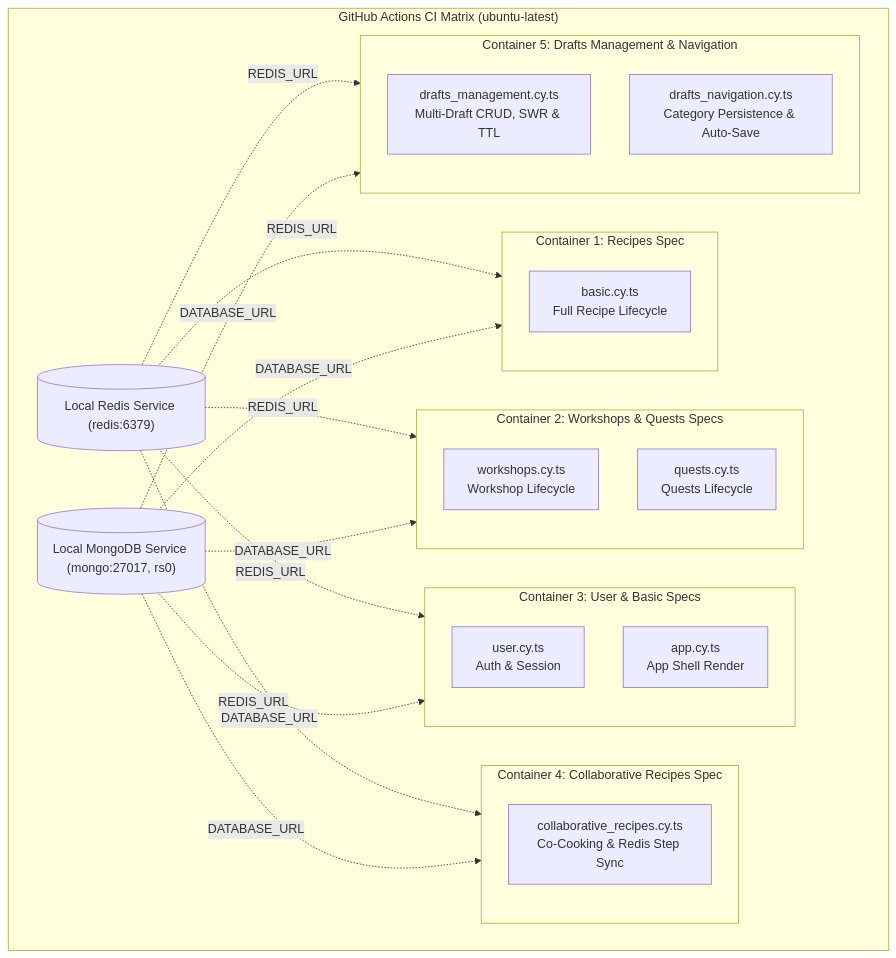
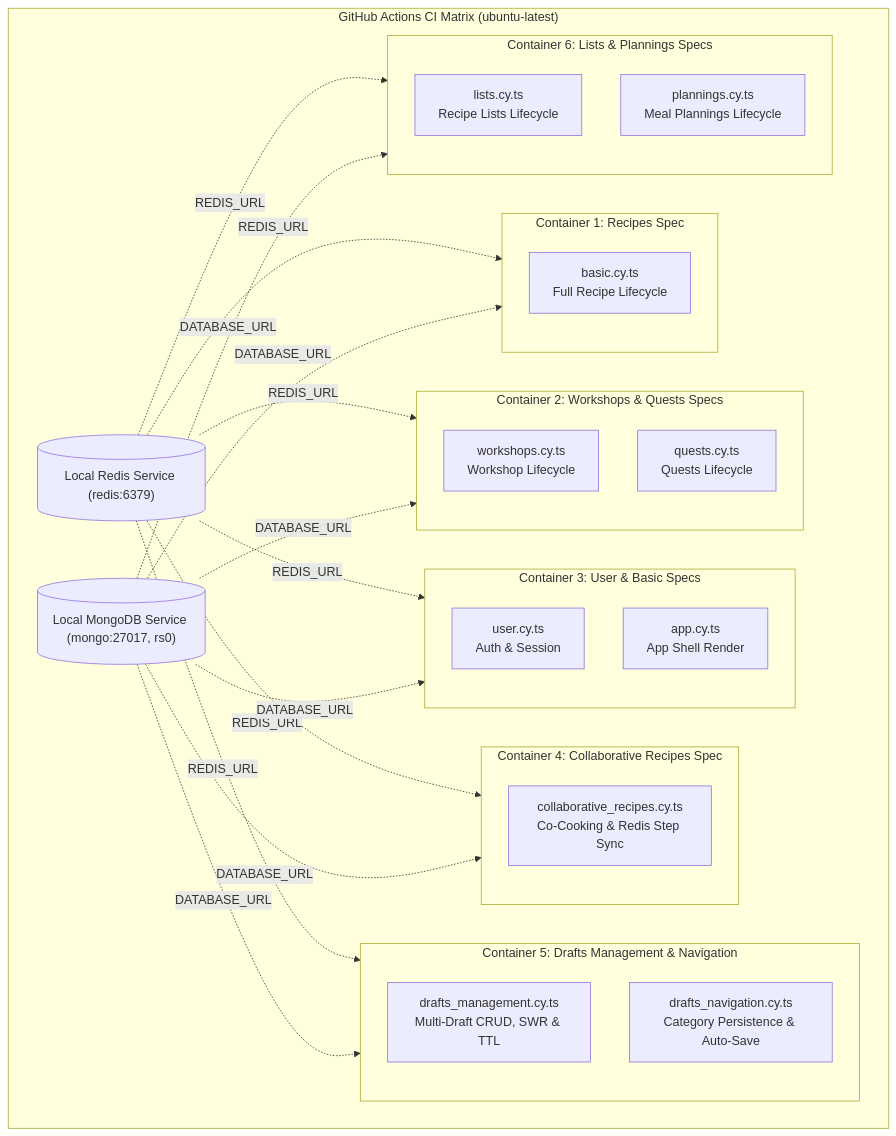
Before and after one commit to jorbush/jorbites: the first of 33 diagrams in docs/testing/e2e/workflows.md, drawn with Mermaid. The commit also changed other lines of this file and 17 other files, not shown here.

Commit message:
add e2e tests for plannings and lists

````diff
--- a/docs/testing/e2e/workflows.md
+++ b/docs/testing/e2e/workflows.md
@@ -9,42 +9,49 @@
 ```mermaid
 flowchart TD
     subgraph GitHubActions["GitHub Actions CI Matrix (ubuntu-latest)"]
         redisSvc[("Local Redis Service (redis:6379)")]
         mongoSvc[("Local MongoDB Service (mongo:27017, rs0)")]
 
         subgraph Job1["Container 1: Recipes Spec"]
             T1["basic.cy.ts<br/>Full Recipe Lifecycle"]
         end
 
         subgraph Job2["Container 2: Workshops & Quests Specs"]
             T2["workshops.cy.ts<br/>Workshop Lifecycle"]
             T3["quests.cy.ts<br/>Quests Lifecycle"]
         end
 
         subgraph Job3["Container 3: User & Basic Specs"]
             T4["user.cy.ts<br/>Auth & Session"]
             T5["app.cy.ts<br/>App Shell Render"]
         end
 
         subgraph Job4["Container 4: Collaborative Recipes Spec"]
             T6["collaborative_recipes.cy.ts<br/>Co-Cooking & Redis Step Sync"]
         end
 
         subgraph Job5["Container 5: Drafts Management & Navigation"]
             T7["drafts_management.cy.ts<br/>Multi-Draft CRUD, SWR & TTL"]
             T8["drafts_navigation.cy.ts<br/>Category Persistence & Auto-Save"]
         end
+
+        subgraph Job6["Container 6: Lists & Plannings Specs"]
+            T9["lists.cy.ts<br/>Recipe Lists Lifecycle"]
+            T10["plannings.cy.ts<br/>Meal Plannings Lifecycle"]
+        end
     end
 
     redisSvc -.->|REDIS_URL| Job1
     redisSvc -.->|REDIS_URL| Job2
     redisSvc -.->|REDIS_URL| Job3
     redisSvc -.->|REDIS_URL| Job4
     redisSvc -.->|REDIS_URL| Job5
+    redisSvc -.->|REDIS_URL| Job6
 
     mongoSvc -.->|DATABASE_URL| Job1
     mongoSvc -.->|DATABASE_URL| Job2
     mongoSvc -.->|DATABASE_URL| Job3
     mongoSvc -.->|DATABASE_URL| Job4
     mongoSvc -.->|DATABASE_URL| Job5
+    mongoSvc -.->|DATABASE_URL| Job6
 ```
````
